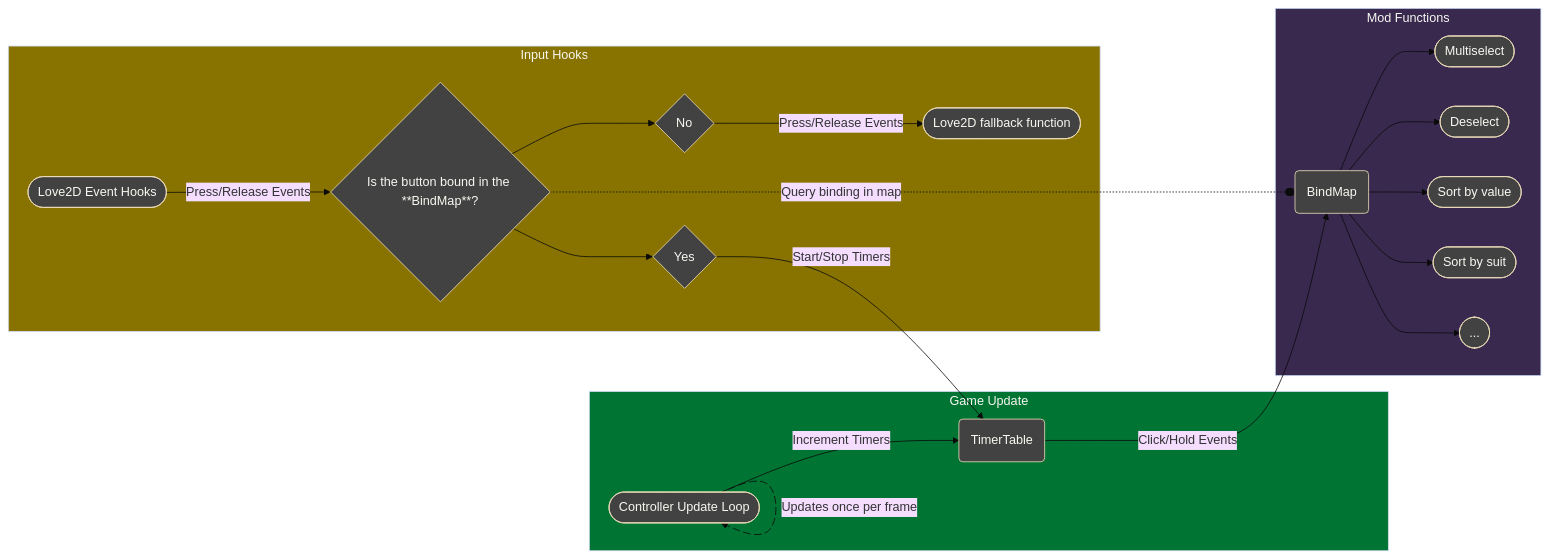
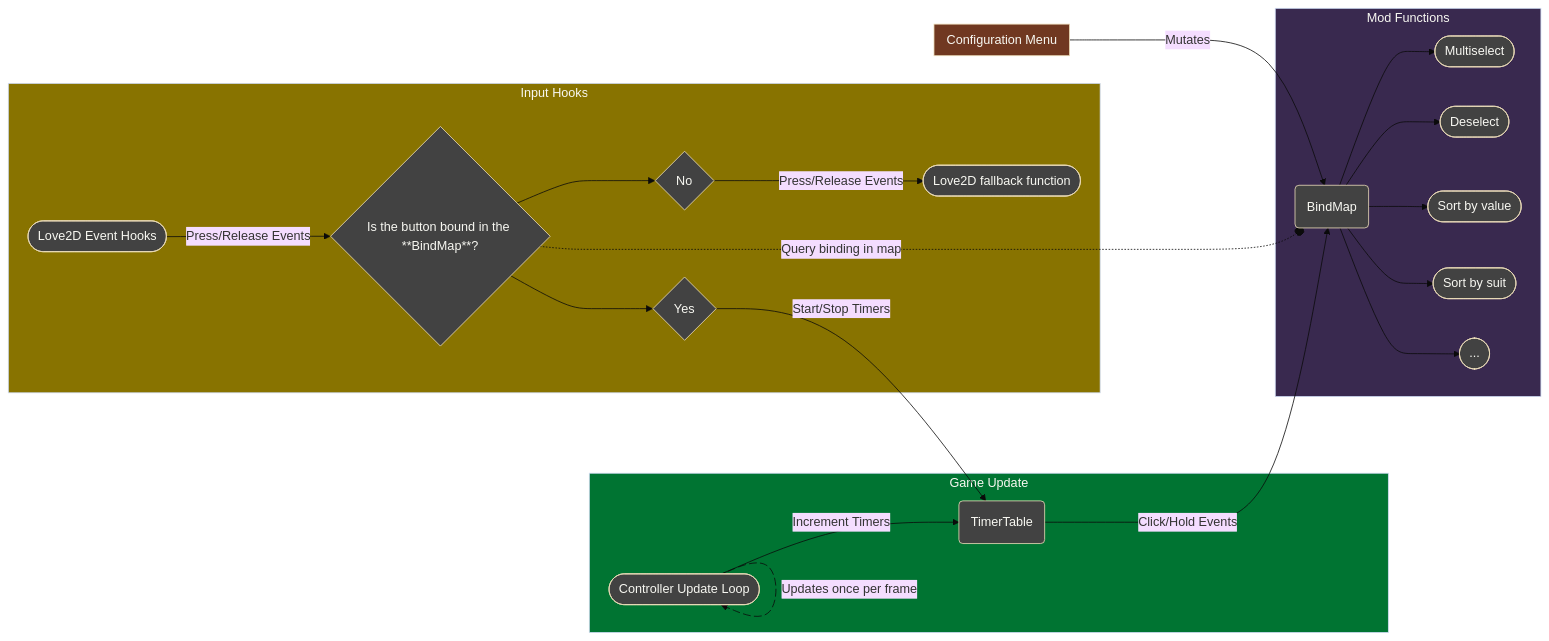
One commit to Kooluve/Better-Mouse-And-Gamepad changed the diagram in CONTRIBUTING.md. Above: the diagram before and after it, drawn with Mermaid (base theme).

Commit message:
docs(contrib): add configuration menu to Mermaid graph
modify:
* `./CONTRIBUTING.md`: add configuration menu to Mermaid graph

````diff
--- a/CONTRIBUTING.md
+++ b/CONTRIBUTING.md
@@ -20,60 +20,65 @@
 ```mermaid
 flowchart LR
   subgraph InputHooks["Input Hooks"]
     L2D(["Love2D Event Hooks"])
     CIB{"Is the button bound in the **BindMap**?"}
     CIBY{"Yes"}
     CIBN{"No"}
     FBF(["Love2D fallback function"])
 
     L2D -- Press/Release Events --> CIB
     CIB --> CIBY & CIBN
     CIBN -- Press/Release Events --> FBF
 
     style L2D fill:#424242,color:#F8f8f2
     style CIB fill:#424242,color:#F8f8f2
     style CIBY fill:#424242,color:#f8f8f2
     style CIBN fill:#424242,color:#F8f8f2
     style FBF fill:#424242,color:#F8f8f2
 
     style InputHooks fill:#887300,color:#F8f8f2
   end
 
   subgraph GameUpdate["Game Update"]
     CU(["Controller Update Loop"])
     TT("TimerTable")
 
     CU L_CU_CU_0@-. Updates once per frame .-> CU
     CU -- Increment Timers --> TT
 
     L_CU_CU_0@{ animation: slow } 
     style CU fill:#424242,color:#F8f8f2
     style TT fill:#424242,color:#F8f8f2
 
     style GameUpdate fill:#007432,color:#F8f8f2
   end
 
   subgraph ModFunctions["Mod Functions"]
     BM("BindMap")
     MS(["Multiselect"])
     DS(["Deselect"])
     SBV(["Sort by value"])
     SBS(["Sort by suit"])
     DDD(["..."])
 
     BM --> MS & DS & SBV & SBS & DDD
 
     style BM fill:#424242,color:#F8f8f2
     style MS fill:#424242,color:#F8f8f2
     style DS fill:#424242,color:#f8f8f2
     style SBV fill:#424242,color:#F8f8f2
     style SBS fill:#424242,color:#F8f8f2
     style DDD fill:#424242,color:#F8f8f2
 
     style ModFunctions fill:#39294f,color:#F8f8f2
   end
 
+  subgraph Config["Configuration Menu"]
+    style Config fill:#703821,color:#F8f8f2
+  end
+
+  Config -- Mutates --> BM
   CIB -. Query binding in map .-o BM
   CIBY -- Start/Stop Timers --> TT
   TT -- Click/Hold Events --> BM
 ```
````
